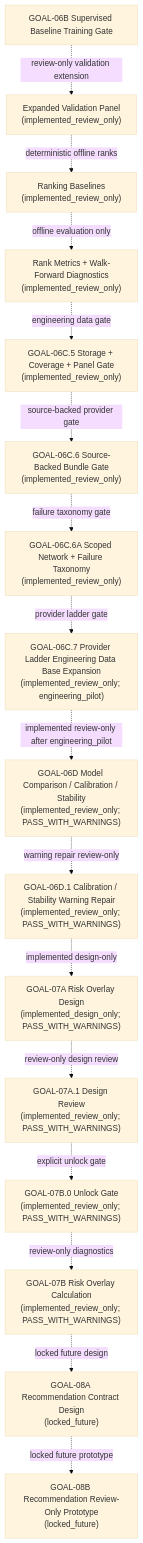
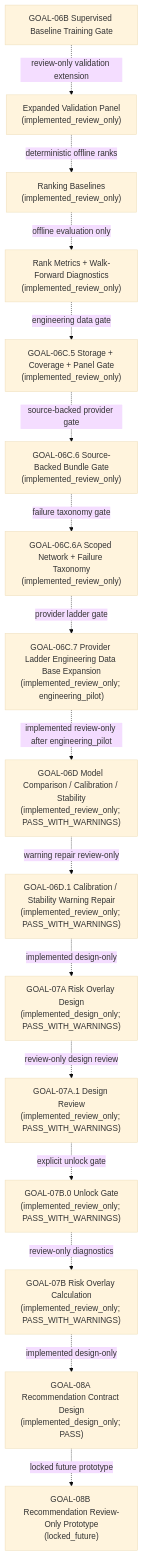
Before and after one commit to RyanLu0203/A_share_premarket_core: the second of 3 diagrams in docs/architecture/ACTIVE_WORKFLOW_THROUGH_GOAL06B.md, drawn with Mermaid (base theme). The commit also changed other lines of this file and 53 other files, not shown here.

Commit message:
Implement GOAL-08A design-only contract gate

````diff
--- a/docs/architecture/ACTIVE_WORKFLOW_THROUGH_GOAL06B.md
+++ b/docs/architecture/ACTIVE_WORKFLOW_THROUGH_GOAL06B.md
@@ -29,18 +29,18 @@
 ```mermaid
 flowchart TD
     A["GOAL-06B Supervised Baseline Training Gate"] -. "review-only validation extension" .-> B["Expanded Validation Panel<br/>(implemented_review_only)"]
     B -. "deterministic offline ranks" .-> C["Ranking Baselines<br/>(implemented_review_only)"]
     C -. "offline evaluation only" .-> D["Rank Metrics + Walk-Forward Diagnostics<br/>(implemented_review_only)"]
     D -. "engineering data gate" .-> E["GOAL-06C.5 Storage + Coverage + Panel Gate<br/>(implemented_review_only)"]
     E -. "source-backed provider gate" .-> F["GOAL-06C.6 Source-Backed Bundle Gate<br/>(implemented_review_only)"]
     F -. "failure taxonomy gate" .-> G["GOAL-06C.6A Scoped Network + Failure Taxonomy<br/>(implemented_review_only)"]
     G -. "provider ladder gate" .-> H["GOAL-06C.7 Provider Ladder Engineering Data Base Expansion<br/>(implemented_review_only; engineering_pilot)"]
     H -. "implemented review-only after engineering_pilot" .-> I["GOAL-06D Model Comparison / Calibration / Stability<br/>(implemented_review_only; PASS_WITH_WARNINGS)"]
     I -. "warning repair review-only" .-> I2["GOAL-06D.1 Calibration / Stability Warning Repair<br/>(implemented_review_only; PASS_WITH_WARNINGS)"]
     I2 -. "implemented design-only" .-> J["GOAL-07A Risk Overlay Design<br/>(implemented_design_only; PASS_WITH_WARNINGS)"]
     J -. "review-only design review" .-> J2["GOAL-07A.1 Design Review<br/>(implemented_review_only; PASS_WITH_WARNINGS)"]
     J2 -. "explicit unlock gate" .-> J3["GOAL-07B.0 Unlock Gate<br/>(implemented_review_only; PASS_WITH_WARNINGS)"]
     J3 -. "review-only diagnostics" .-> K["GOAL-07B Risk Overlay Calculation<br/>(implemented_review_only; PASS_WITH_WARNINGS)"]
-    K -. "locked future design" .-> L["GOAL-08A Recommendation Contract Design<br/>(locked_future)"]
+    K -. "implemented design-only" .-> L["GOAL-08A Recommendation Contract Design<br/>(implemented_design_only; PASS)"]
     L -. "locked future prototype" .-> M["GOAL-08B Recommendation Review-Only Prototype<br/>(locked_future)"]
 ```
````
